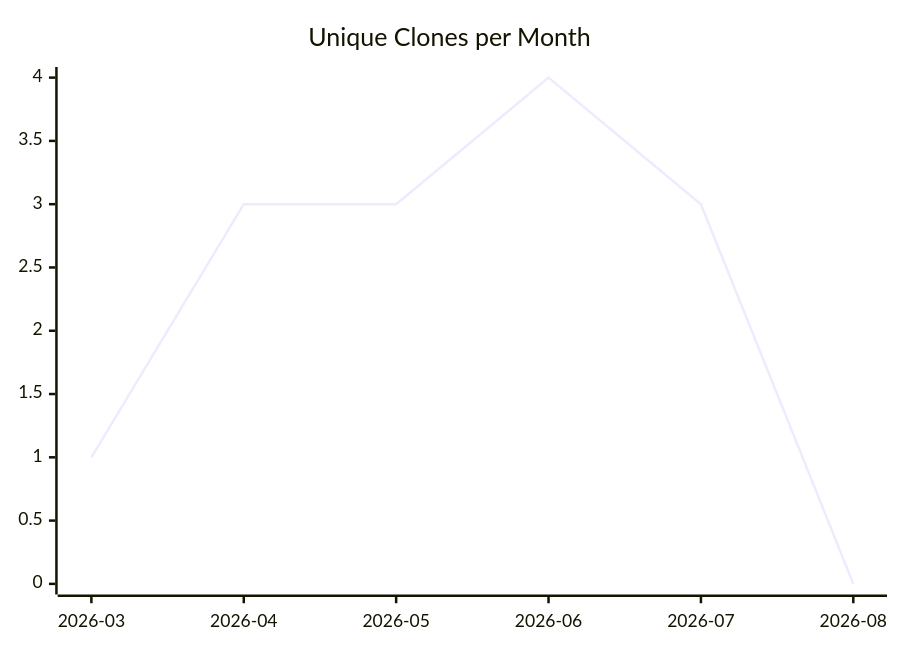
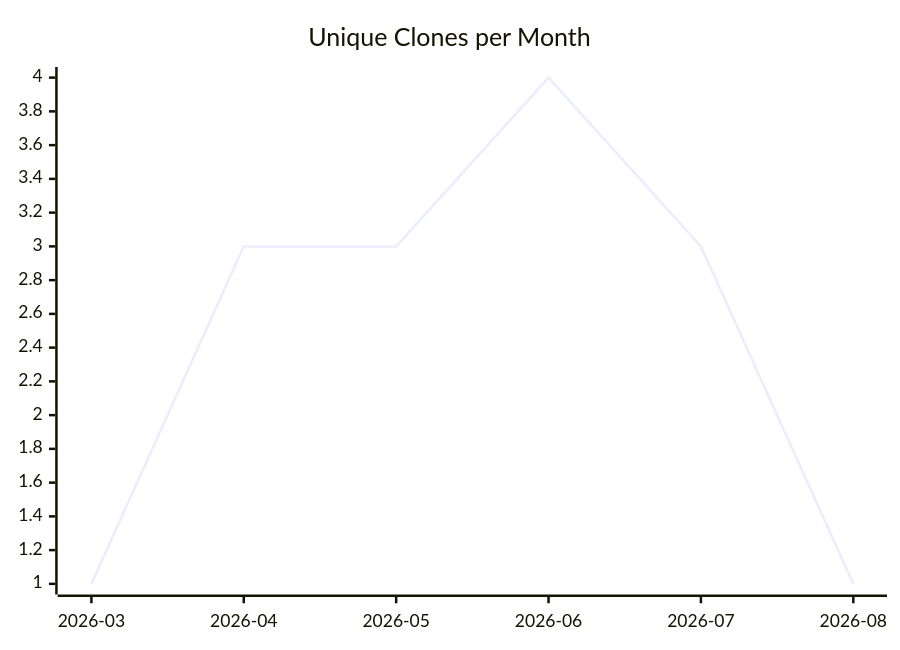
Before and after one commit to justdavis-family/github-analytics-data: the third of 3 diagrams in karlmdavis/ansible-jenkins/README.md, drawn with Mermaid. The commit also changed other lines of this file and 185 other files, not shown here.

````diff
--- a/karlmdavis/ansible-jenkins/README.md
+++ b/karlmdavis/ansible-jenkins/README.md
@@ -19,6 +19,6 @@
 ```mermaid
 xychart-beta
   title "Unique Clones per Month"
   x-axis ["2026-03", "2026-04", "2026-05", "2026-06", "2026-07", "2026-08"]
-  line [1, 3, 3, 4, 3, 0]
+  line [1, 3, 3, 4, 3, 1]
 ```
````
